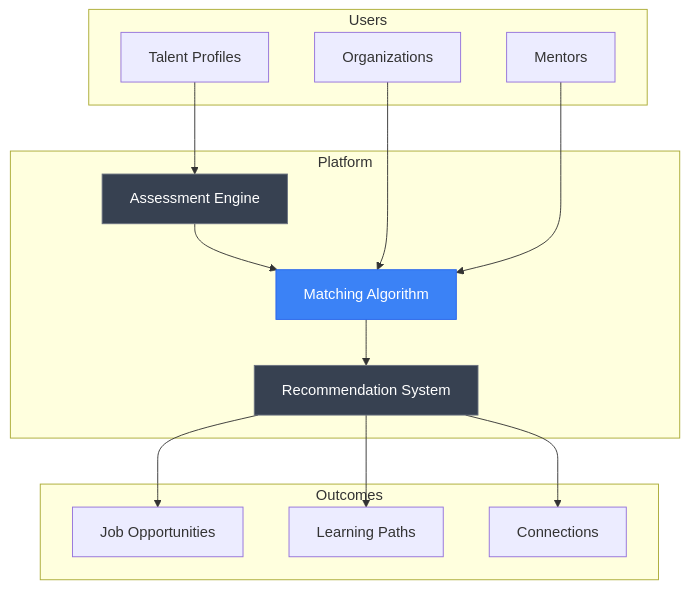
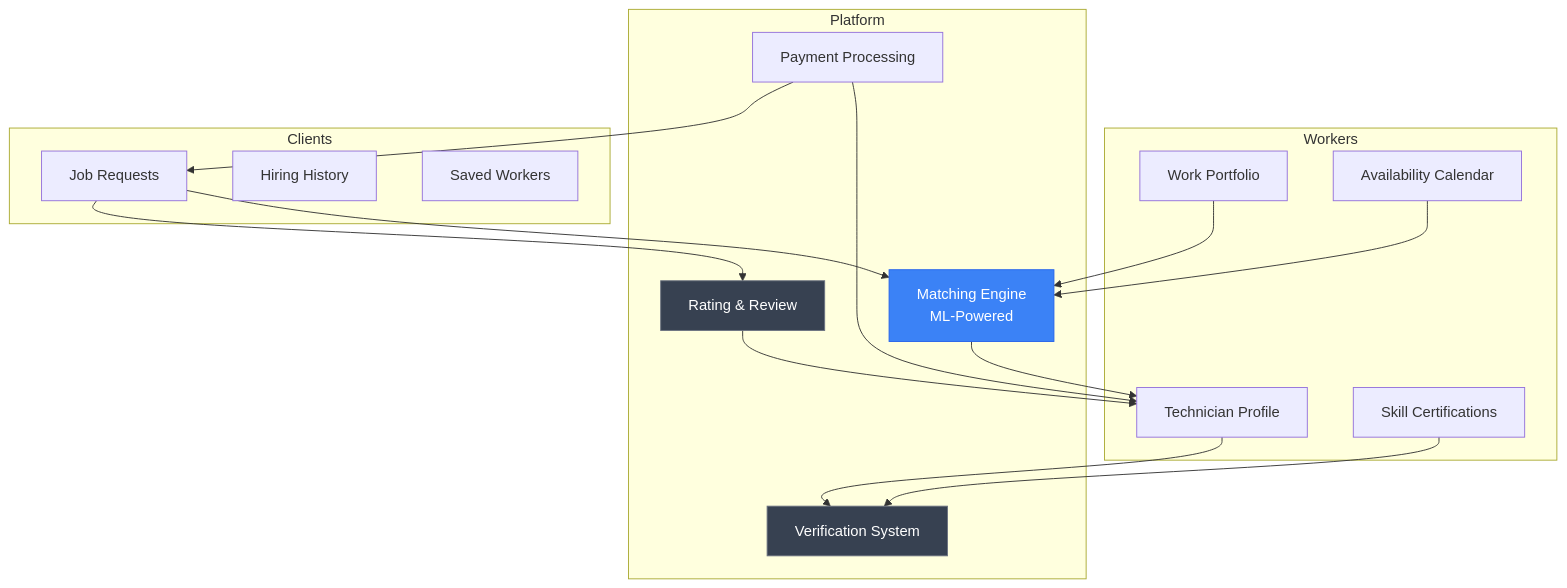
The first of 2 diagrams in projects/TalenTo/README.md (THEDIFY/THEDIFY), drawn with Mermaid before and after one commit. The commit also changed other lines of this file and 4 other files, not shown here.

````diff
--- a/projects/TalenTo/README.md
+++ b/projects/TalenTo/README.md
@@ -73,34 +96,40 @@
 ```mermaid
 graph TB
-    subgraph Users
-        T[Talent Profiles]
-        O[Organizations]
-        M[Mentors]
+    subgraph Workers
+        W1[Technician Profile]
+        W2[Skill Certifications]
+        W3[Work Portfolio]
+        W4[Availability Calendar]
     end
     
     subgraph Platform
-        A[Assessment Engine]
-        ML[Matching Algorithm]
-        R[Recommendation System]
+        M1[Matching Engine<br/>ML-Powered]
+        V1[Verification System]
+        R1[Rating & Review]
+        P1[Payment Processing]
     end
     
-    subgraph Outcomes
-        J[Job Opportunities]
-        L[Learning Paths]
-        C[Connections]
+    subgraph Clients
+        C1[Job Requests]
+        C2[Hiring History]
+        C3[Saved Workers]
     end
     
-    T --> A
-    A --> ML
-    O --> ML
-    M --> ML
+    W1 --> V1
+    W2 --> V1
+    W3 --> M1
+    W4 --> M1
     
-    ML --> R
-    R --> J
-    R --> L
-    R --> C
+    C1 --> M1
+    M1 --> W1
     
-    style ML fill:#3b82f6,stroke:#2563eb,color:#fff
-    style A fill:#374151,stroke:#6b7280,color:#fff
-    style R fill:#374151,stroke:#6b7280,color:#fff
+    P1 --> W1
+    P1 --> C1
+    
+    R1 --> W1
+    C1 --> R1
+    
+    style M1 fill:#3b82f6,stroke:#2563eb,color:#fff
+    style V1 fill:#374151,stroke:#6b7280,color:#fff
+    style R1 fill:#374151,stroke:#6b7280,color:#fff
 ```
````
